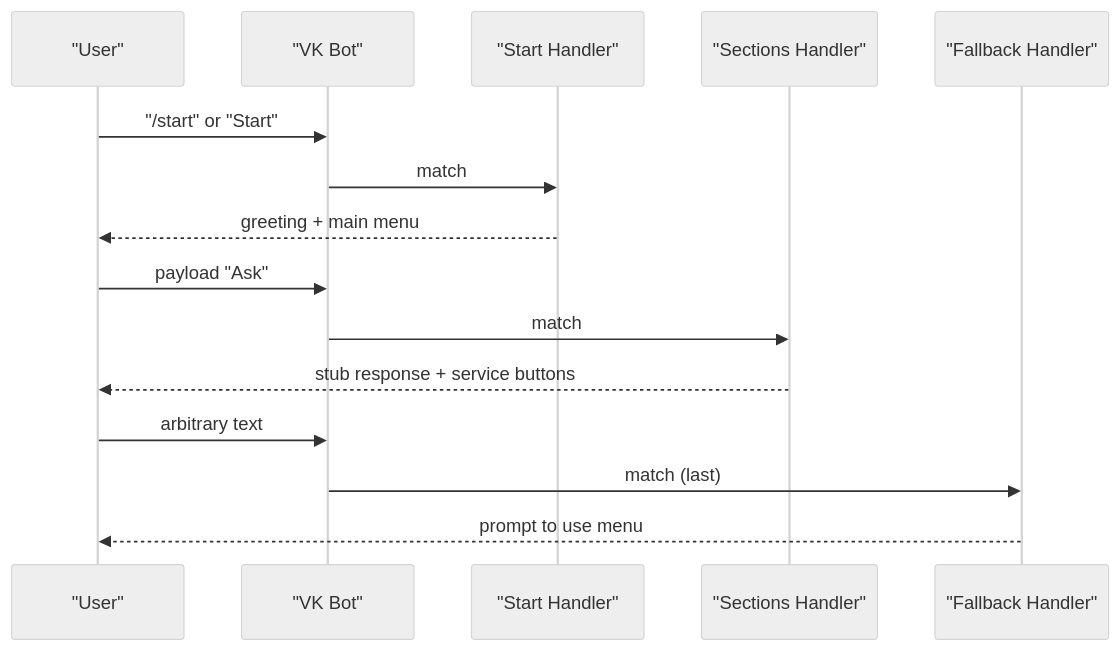
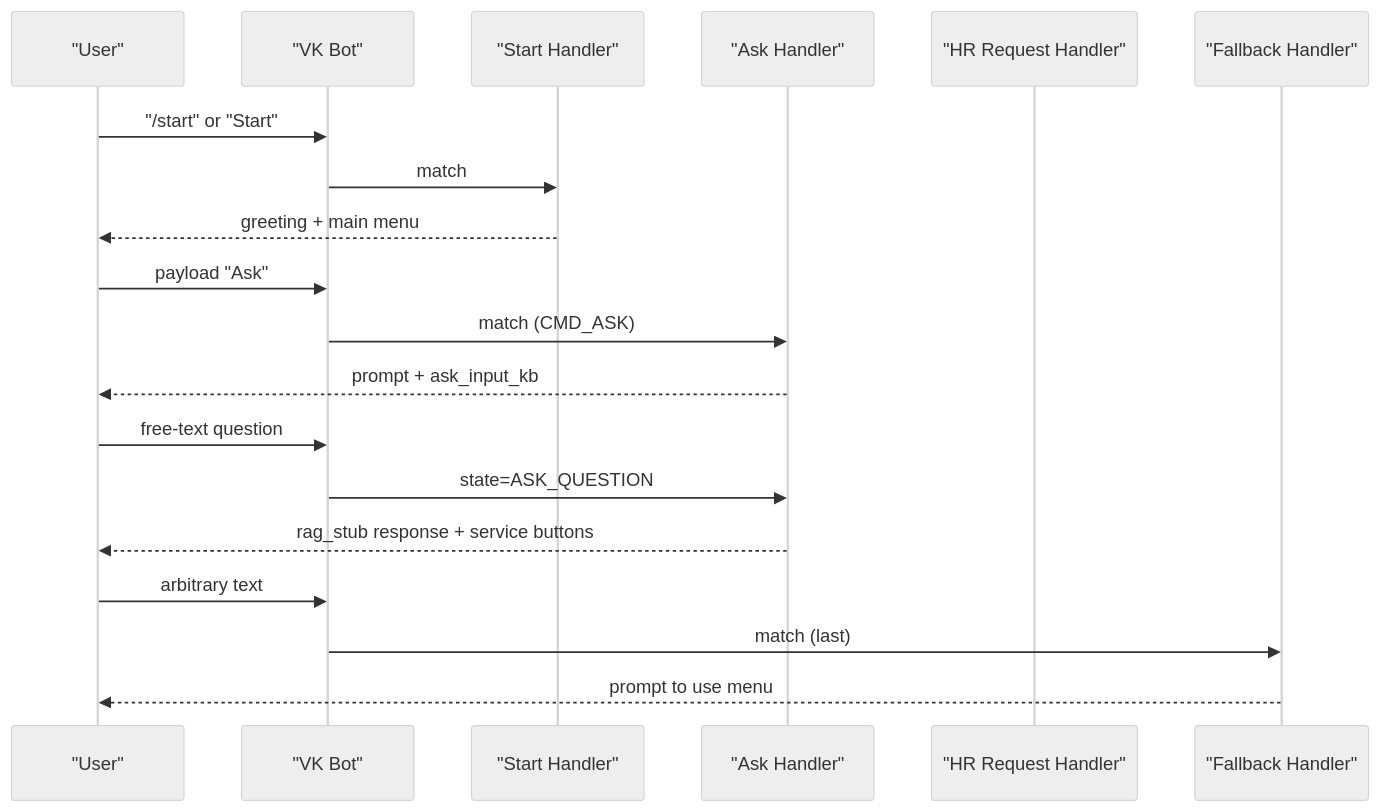
The third of 12 diagrams in .qoder/repowiki/en/content/RAG Integration.md (ognelis/cafetera_hr_bot), drawn with Mermaid (neutral theme) before and after one commit. The commit also changed other lines of this file and 15 other files, not shown here.

````diff
--- a/.qoder/repowiki/en/content/RAG Integration.md
+++ b/.qoder/repowiki/en/content/RAG Integration.md
@@ -175,17 +207,21 @@
 ```mermaid
 sequenceDiagram
 participant User as "User"
 participant VK as "VK Bot"
 participant Start as "Start Handler"
-participant Sections as "Sections Handler"
+participant Ask as "Ask Handler"
+participant HRRequest as "HR Request Handler"
 participant Fallback as "Fallback Handler"
 User->>VK : "/start" or "Start"
 VK->>Start : match
 Start-->>User : greeting + main menu
 User->>VK : payload "Ask"
-VK->>Sections : match
-Sections-->>User : stub response + service buttons
+VK->>Ask : match (CMD_ASK)
+Ask-->>User : prompt + ask_input_kb
+User->>VK : free-text question
+VK->>Ask : state=ASK_QUESTION
+Ask-->>User : rag_stub response + service buttons
 User->>VK : arbitrary text
 VK->>Fallback : match (last)
 Fallback-->>User : prompt to use menu
 ```
````
